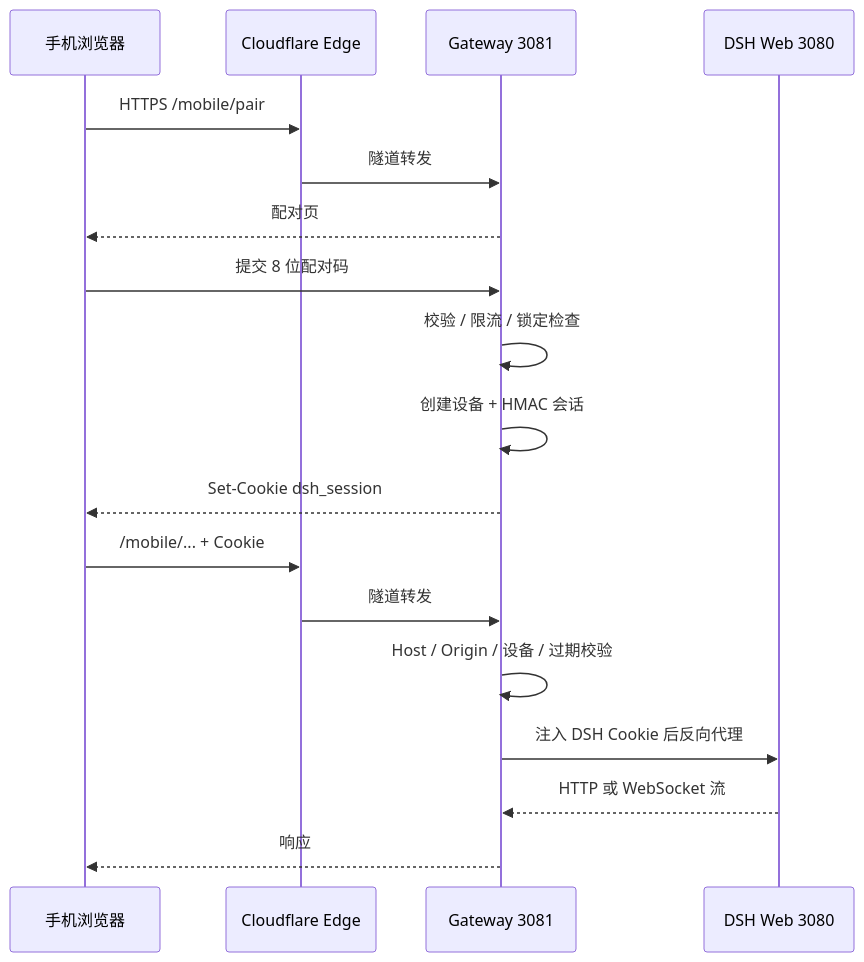
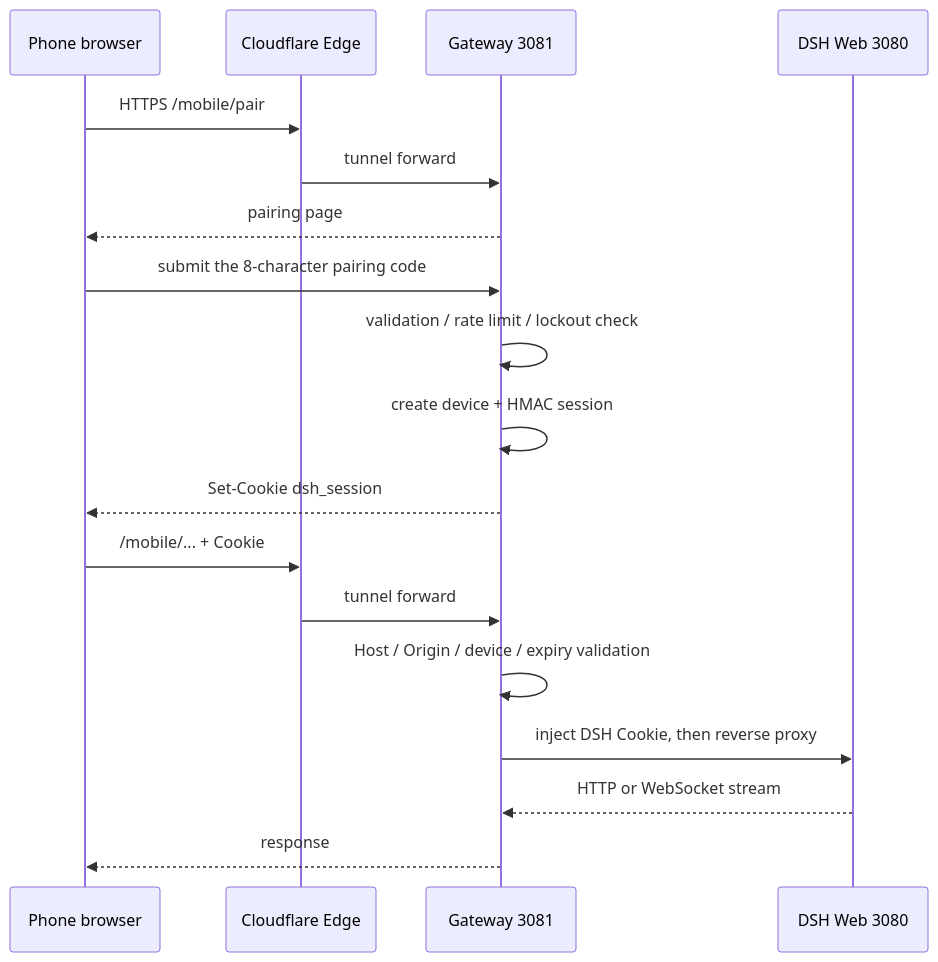
The fourth of 10 diagrams in docs/architecture-flow.md (open2ai/dsh-gateway-mobile), drawn with Mermaid before and after one commit. The commit also changed other lines of this file and 85 other files, not shown here.

````diff
--- a/docs/architecture-flow.md
+++ b/docs/architecture-flow.md
@@ -182,21 +184,21 @@
 ```mermaid
 sequenceDiagram
-  participant P as 手机浏览器
+  participant P as Phone browser
   participant E as Cloudflare Edge
   participant G as Gateway 3081
   participant D as DSH Web 3080
 
   P->>E: HTTPS /mobile/pair
-  E->>G: 隧道转发
-  G-->>P: 配对页
-  P->>G: 提交 8 位配对码
-  G->>G: 校验 / 限流 / 锁定检查
-  G->>G: 创建设备 + HMAC 会话
+  E->>G: tunnel forward
+  G-->>P: pairing page
+  P->>G: submit the 8-character pairing code
+  G->>G: validation / rate limit / lockout check
+  G->>G: create device + HMAC session
   G-->>P: Set-Cookie dsh_session
   P->>E: /mobile/... + Cookie
-  E->>G: 隧道转发
-  G->>G: Host / Origin / 设备 / 过期校验
-  G->>D: 注入 DSH Cookie 后反向代理
-  D-->>G: HTTP 或 WebSocket 流
-  G-->>P: 响应
+  E->>G: tunnel forward
+  G->>G: Host / Origin / device / expiry validation
+  G->>D: inject DSH Cookie, then reverse proxy
+  D-->>G: HTTP or WebSocket stream
+  G-->>P: response
 ```
````
